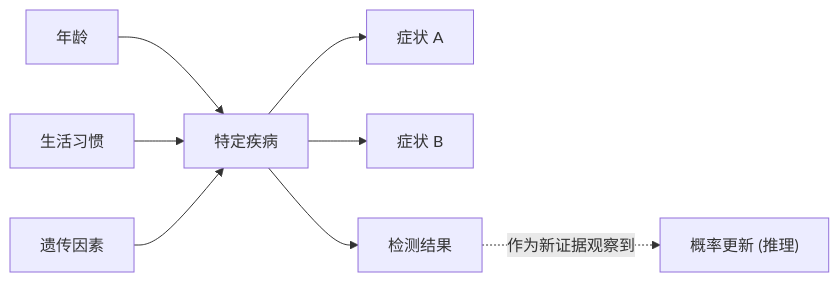
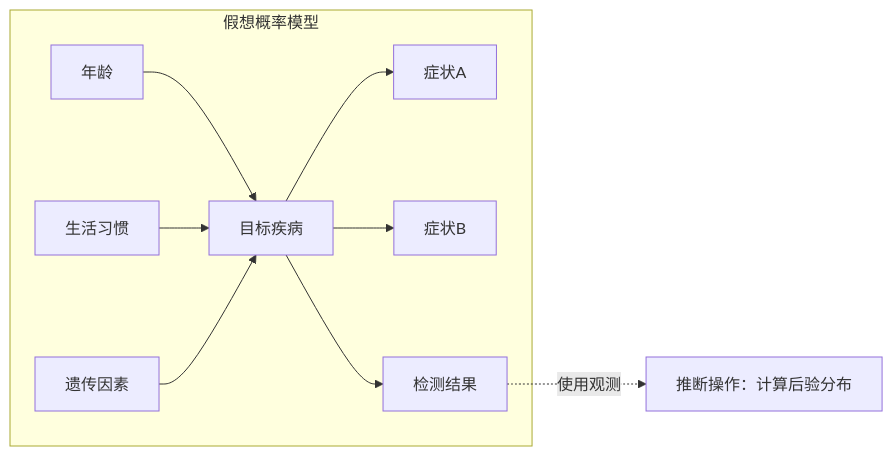
Before and after one commit to kenjinote/blog: the second of 2 diagrams in content/post/bayes-theorem/index.zh-cn.md, drawn with Mermaid. The commit also changed other lines of this file and 11 other files, not shown here.

````diff
--- a/content/post/bayes-theorem/index.zh-cn.md
+++ b/content/post/bayes-theorem/index.zh-cn.md
@@ -117,12 +162,12 @@
 ```mermaid
 flowchart LR
-    Age["年龄"] --> Disease["特定疾病"]
-    Lifestyle["生活习惯"] --> Disease
-    Genes["遗传因素"] --> Disease
-    
-    Disease --> SymptomA["症状 A"]
-    Disease --> SymptomB["症状 B"]
-    Disease --> TestResult["检测结果"]
-    
-    TestResult -.->|"作为新证据观察到"| Update["概率更新 (推理)"]
+    subgraph Model["假想概率模型"]
+        Age["年龄"] --> Disease["目标疾病"]
+        Lifestyle["生活习惯"] --> Disease
+        Genes["遗传因素"] --> Disease
+        Disease --> SymptomA["症状A"]
+        Disease --> SymptomB["症状B"]
+        Disease --> TestResult["检测结果"]
+    end
+    TestResult -.->|"使用观测"| Inference["推断操作：计算后验分布"]
 ```
````
